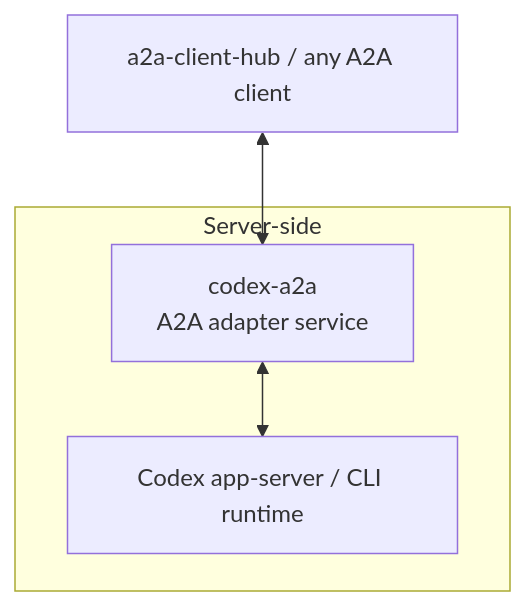
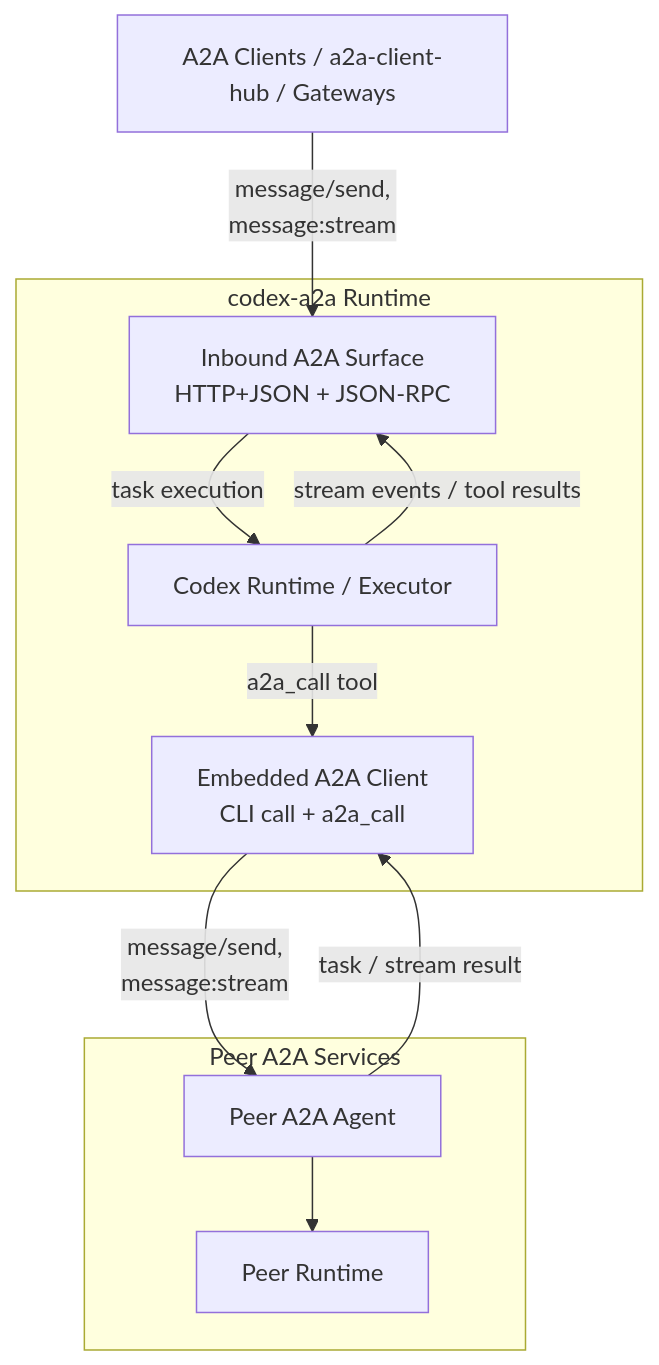
One commit to liujuanjuan1984/codex-a2a changed the diagram in README.md. Above: the diagram before and after it, drawn with Mermaid. The commit also changed other lines of this file, not shown here.

Commit message:
docs: refresh README architecture and capabilities (#148)

````diff
--- a/README.md
+++ b/README.md
@@ -15,13 +18,23 @@
 ```mermaid
 flowchart TD
-    Client["a2a-client-hub / any A2A client"]
+    External["A2A Clients / a2a-client-hub / Gateways"]
 
-    subgraph ServerSide["Server-side"]
-        Adapter["codex-a2a\nA2A adapter service"]
-        Runtime["Codex app-server / CLI runtime"]
-
-        Adapter <--> Runtime
+    subgraph Adapter["codex-a2a Runtime"]
+        Ingress["Inbound A2A Surface\nHTTP+JSON + JSON-RPC"]
+        Codex["Codex Runtime / Executor"]
+        Outbound["Embedded A2A Client\nCLI call + a2a_call"]
     end
 
-    Client <--> Adapter
+    subgraph Peers["Peer A2A Services"]
+        PeerA2A["Peer A2A Agent"]
+        PeerRuntime["Peer Runtime"]
+        PeerA2A --> PeerRuntime
+    end
+
+    External -->|message/send,\nmessage:stream| Ingress
+    Ingress -->|task execution| Codex
+    Codex -->|stream events / tool results| Ingress
+    Codex -->|a2a_call tool| Outbound
+    Outbound -->|message/send,\nmessage:stream| PeerA2A
+    PeerA2A -->|task / stream result| Outbound
 ```
````
